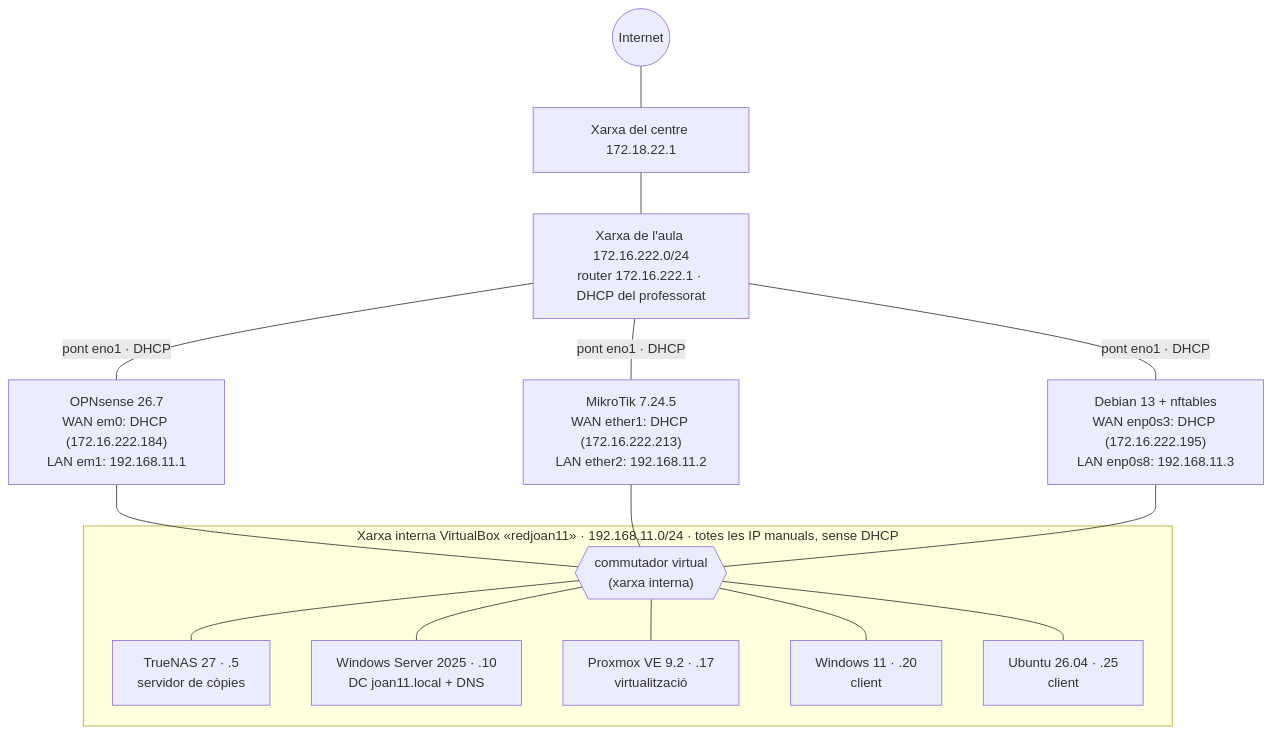
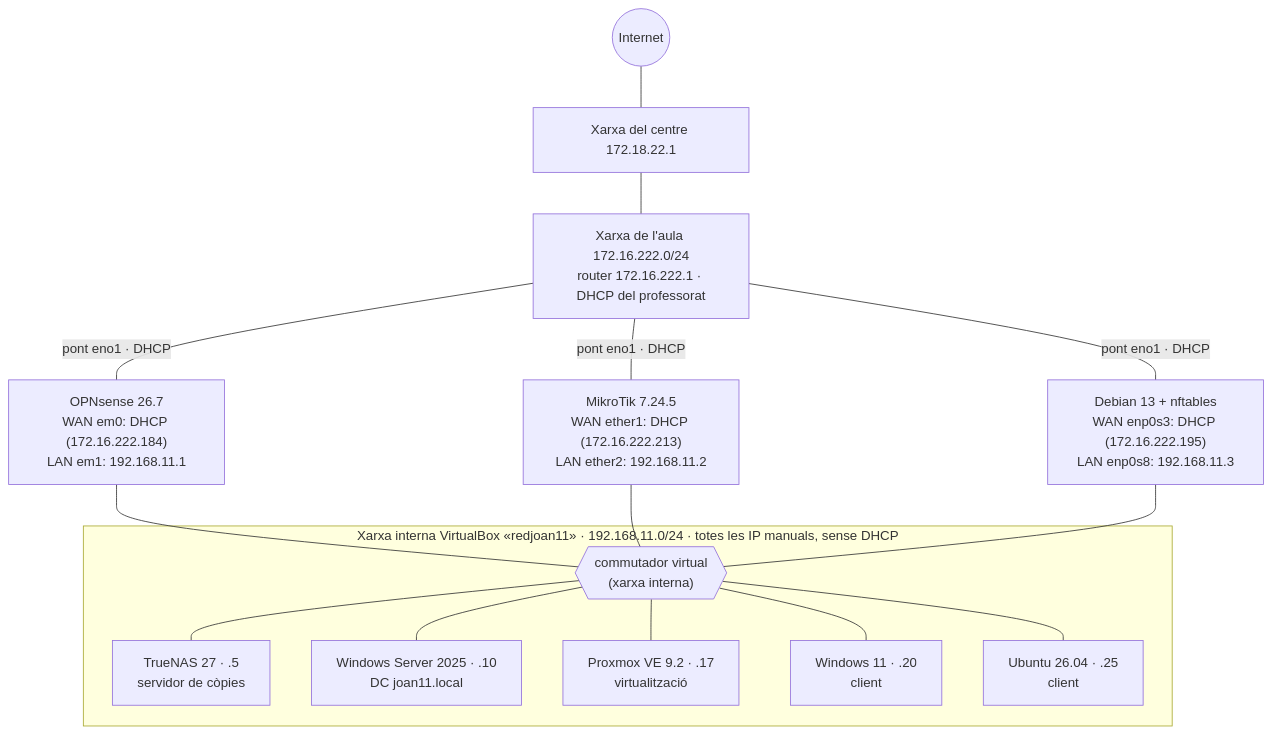
The diagram in Tasca4.md (Jowy293/Projecte-Iso-JoanBrotons), drawn with Mermaid before and after one commit. The commit also changed other lines of this file and 6 other files, not shown here.

````diff
--- a/Tasca4.md
+++ b/Tasca4.md
@@ -15,19 +15,19 @@
 ```mermaid
 flowchart TB
     INET((Internet)) --- CENTRE["Xarxa del centre 172.18.22.1"] --- AULA["Xarxa de l'aula 172.16.222.0/24<br/>router 172.16.222.1 · DHCP del professorat"]
     AULA ---|"pont eno1 · DHCP"| OPN["OPNsense 26.7<br/>WAN em0: DHCP (172.16.222.184)<br/>LAN em1: 192.168.11.1"]
     AULA ---|"pont eno1 · DHCP"| MK["MikroTik 7.24.5<br/>WAN ether1: DHCP (172.16.222.213)<br/>LAN ether2: 192.168.11.2"]
     AULA ---|"pont eno1 · DHCP"| DEB["Debian 13 + nftables<br/>WAN enp0s3: DHCP (172.16.222.195)<br/>LAN enp0s8: 192.168.11.3"]
     subgraph LAN["Xarxa interna VirtualBox «redjoan11» · 192.168.11.0/24 · totes les IP manuals, sense DHCP"]
         SW{{"commutador virtual<br/>(xarxa interna)"}}
         TN["TrueNAS 27 · .5<br/>servidor de còpies"]
-        WS["Windows Server 2025 · .10<br/>DC joan11.local + DNS"]
+        WS["Windows Server 2025 · .10<br/>DC joan11.local"]
         PVE["Proxmox VE 9.2 · .17<br/>virtualització"]
         W11["Windows 11 · .20<br/>client"]
         UB["Ubuntu 26.04 · .25<br/>client"]
     end
     OPN --- SW
     MK --- SW
     DEB --- SW
     SW --- TN & WS & PVE & W11 & UB
 ```
````
